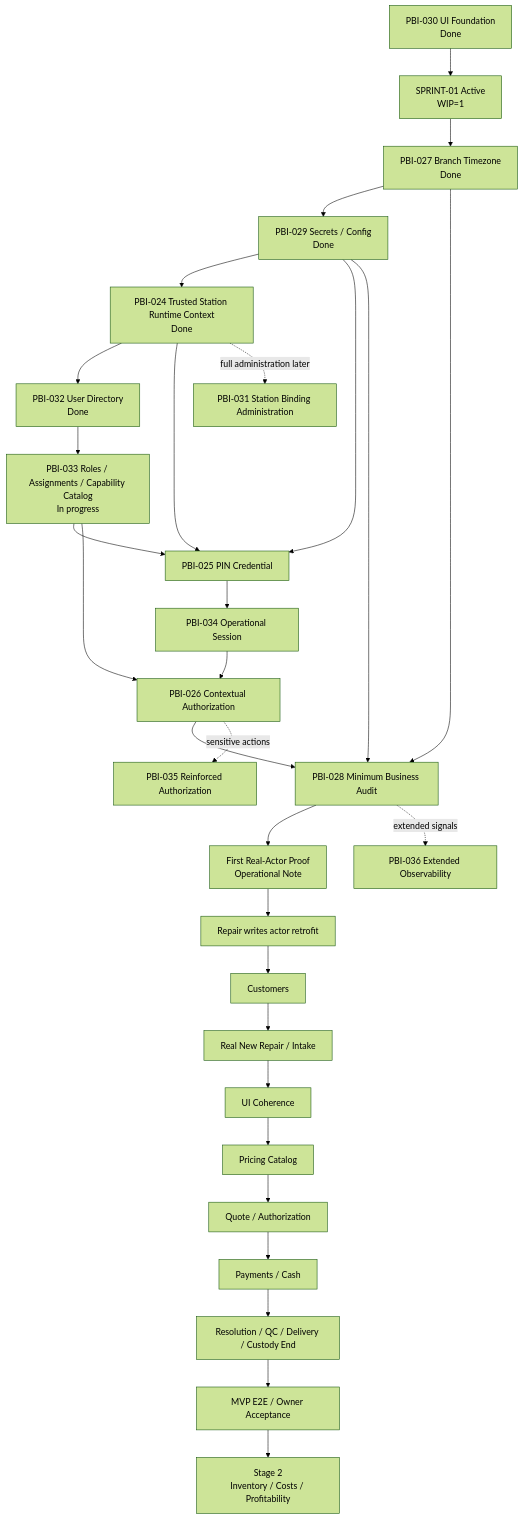
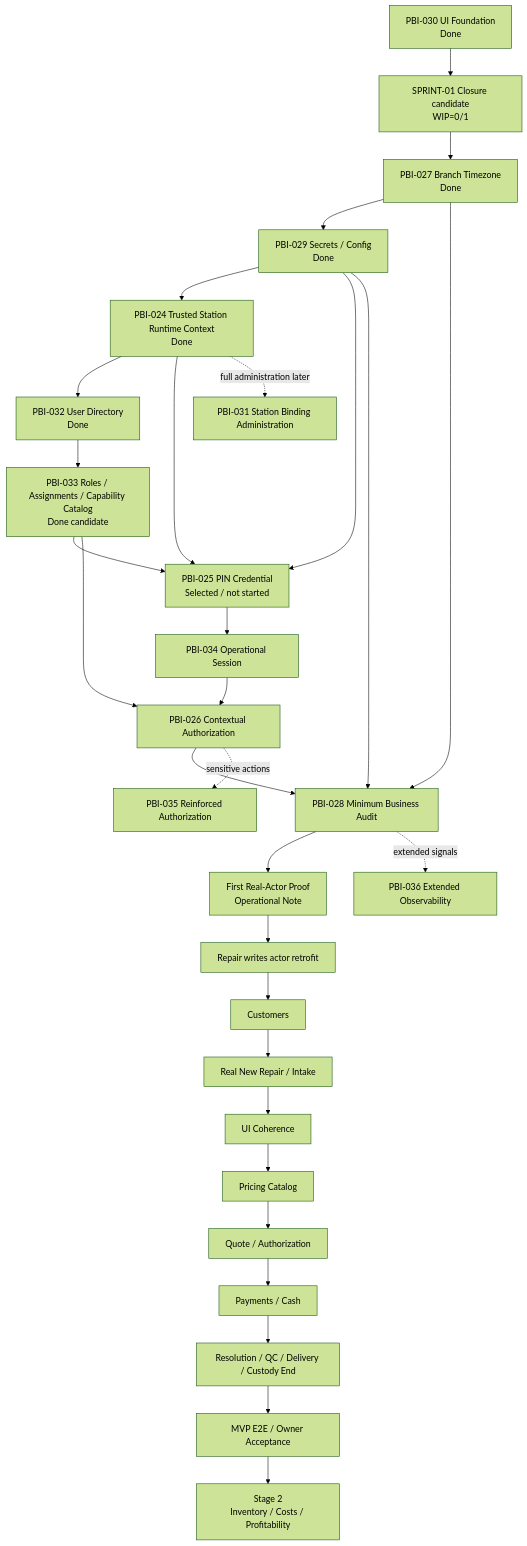
Before and after one commit to luisgtzaviles/SrTaller-2.0: the diagram in docs/backlog/DEPENDENCY_MAP.md, drawn with Mermaid (forest theme). The commit also changed other lines of this file and 24 other files, not shown here.

Commit message:
docs: close pbi-033 and advance roadmap

````diff
--- a/docs/backlog/DEPENDENCY_MAP.md
+++ b/docs/backlog/DEPENDENCY_MAP.md
@@ -13,32 +13,32 @@
 ```mermaid
 flowchart TD
-    P30[PBI-030 UI Foundation<br/>Done] --> S1[SPRINT-01 Active<br/>WIP=1]
+    P30[PBI-030 UI Foundation<br/>Done] --> S1[SPRINT-01 Closure candidate<br/>WIP=0/1]
     S1 --> P27[PBI-027 Branch Timezone<br/>Done]
     P27 --> P29[PBI-029 Secrets / Config<br/>Done]
     P29 --> P24[PBI-024 Trusted Station Runtime Context<br/>Done]
     P24 --> P32[PBI-032 User Directory<br/>Done]
-    P32 --> P33[PBI-033 Roles / Assignments / Capability Catalog<br/>In progress]
-    P33 --> P25[PBI-025 PIN Credential]
+    P32 --> P33[PBI-033 Roles / Assignments / Capability Catalog<br/>Done candidate]
+    P33 --> P25[PBI-025 PIN Credential<br/>Selected / not started]
     P24 --> P25
     P29 --> P25
     P25 --> P34[PBI-034 Operational Session]
     P34 --> P26[PBI-026 Contextual Authorization]
     P33 --> P26
     P26 --> P28[PBI-028 Minimum Business Audit]
     P27 --> P28
     P29 --> P28
     P28 --> NOTE[First Real-Actor Proof<br/>Operational Note]
     NOTE --> RETRO[Repair writes actor retrofit]
     RETRO --> CUSTOMERS[Customers]
     CUSTOMERS --> INTAKE[Real New Repair / Intake]
     INTAKE --> POLISH[UI Coherence]
     POLISH --> PRICING[Pricing Catalog]
     PRICING --> QUOTE[Quote / Authorization]
     QUOTE --> MONEY[Payments / Cash]
     MONEY --> DELIVERY[Resolution / QC / Delivery / Custody End]
     DELIVERY --> MVP[MVP E2E / Owner Acceptance]
     P24 -. full administration later .-> P31[PBI-031 Station Binding Administration]
     P26 -. sensitive actions .-> P35[PBI-035 Reinforced Authorization]
     P28 -. extended signals .-> P36[PBI-036 Extended Observability]
     MVP --> STAGE2[Stage 2<br/>Inventory / Costs / Profitability]
 ```
````
